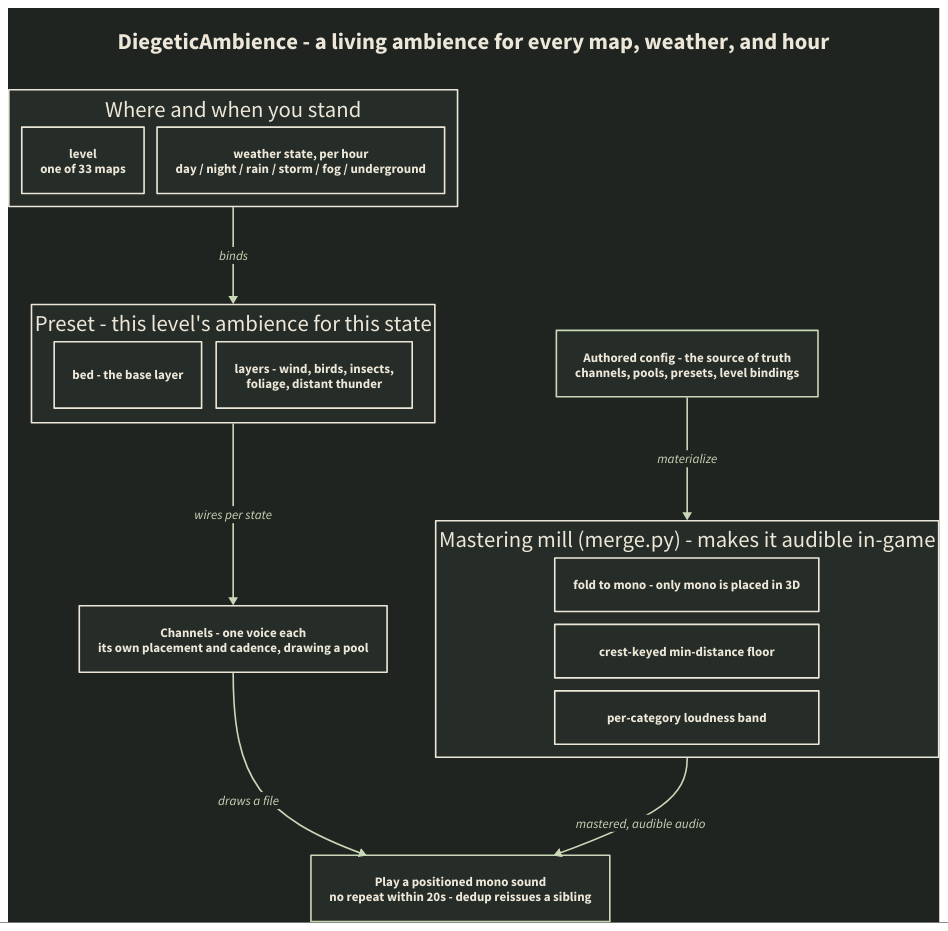
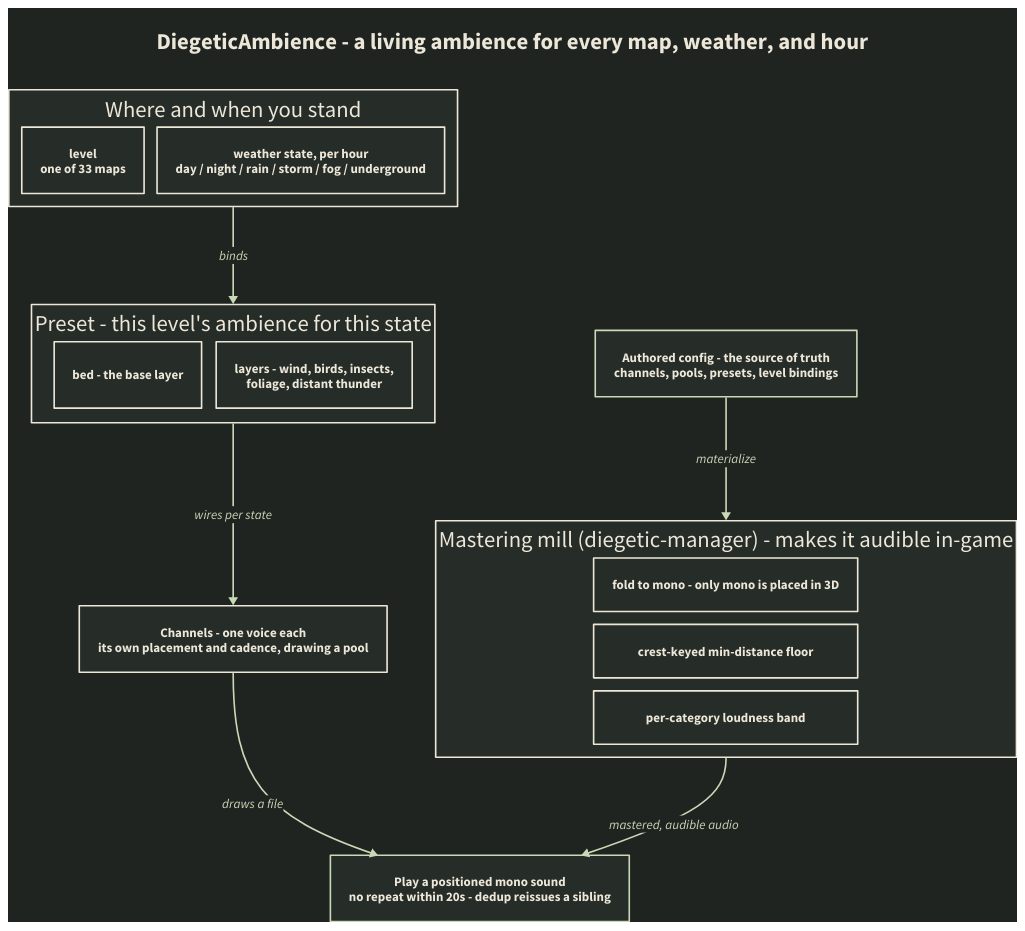
The diagram in doc/img/diegeticambience-howitworks.d2 (damiansirbu-stalker/DiegeticAmbience), drawn with D2 before and after one commit. The commit also changed 2 other files, not shown here.

Commit message:
docs(architecture): diegetic-manager in the veto cite and the pipeline diagram
The how-it-works diagram regenerated from the relabeled d2 source.

```diff
--- a/doc/img/diegeticambience-howitworks.d2
+++ b/doc/img/diegeticambience-howitworks.d2
@@ -1,51 +1,51 @@
 direction: down
 
 style.fill: "#1f2421"
 
 **.style.fill: "#262c27"
 **.style.stroke: "#ece7d8"
 **.style.font-color: "#ece7d8"
 **.style.stroke-width: 2
 
 title: "DiegeticAmbience - a living ambience for every map, weather, and hour" {
   near: top-center
   style: { stroke-width: 0; fill: "#1f2421"; font-color: "#ece7d8"; font-size: 28 }
 }
 
 inputs: "Where and when you stand" {
   grid-columns: 2
   grid-gap: 16
   lvl: "level\none of 33 maps"
   st: "weather state, per hour\nday / night / rain / storm / fog / underground"
 }
 
 preset: "Preset - this level's ambience for this state" {
   grid-columns: 2
   grid-gap: 18
   bed: "bed - the base layer"
   dyn: "layers - wind, birds, insects,\nfoliage, distant thunder"
 }
 
 channels: "Channels - one voice each\nits own placement and cadence, drawing a pool"
 
 play: "Play a positioned mono sound\nno repeat within 20s - dedup reissues a sibling" {
   style.stroke: "#c9d8b6"
 }
 
 config: "Authored config - the source of truth\nchannels, pools, presets, level bindings" {
   style.stroke: "#c9d8b6"
 }
 
-mill: "Mastering mill (merge.py) - makes it audible in-game" {
+mill: "Mastering mill (diegetic-manager) - makes it audible in-game" {
   grid-columns: 1
   grid-gap: 16
   f: "fold to mono - only mono is placed in 3D"
   m: "crest-keyed min-distance floor"
   l: "per-category loudness band"
 }
 
 inputs -> preset: "binds" { style: { stroke: "#c9d8b6"; font-color: "#c9d8b6" } }
 preset -> channels: "wires per state" { style: { stroke: "#c9d8b6"; font-color: "#c9d8b6" } }
 channels -> play: "draws a file" { style: { stroke: "#c9d8b6"; font-color: "#c9d8b6" } }
 config -> mill: "materialize" { style: { stroke: "#c9d8b6"; font-color: "#c9d8b6" } }
 mill -> play: "mastered, audible audio" { style: { stroke: "#c9d8b6"; font-color: "#c9d8b6" } }
```
